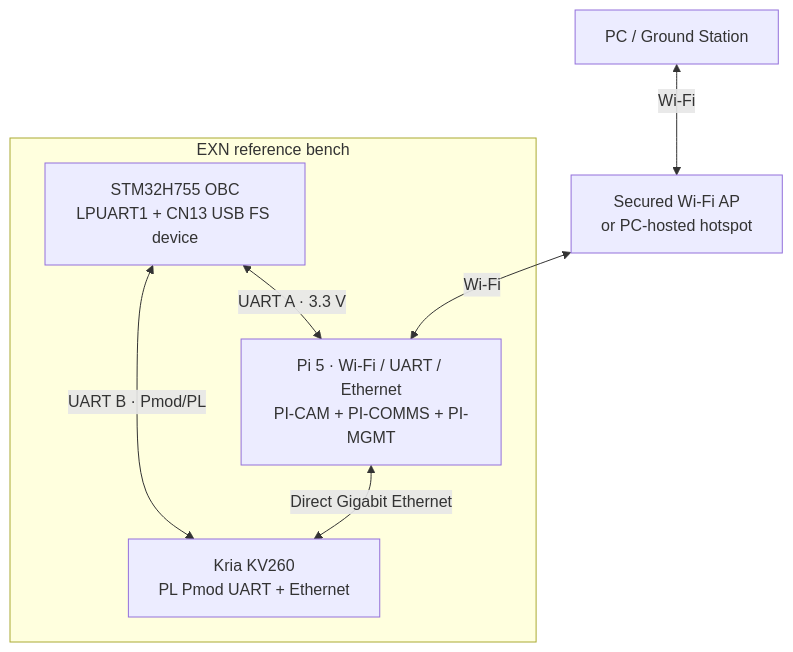
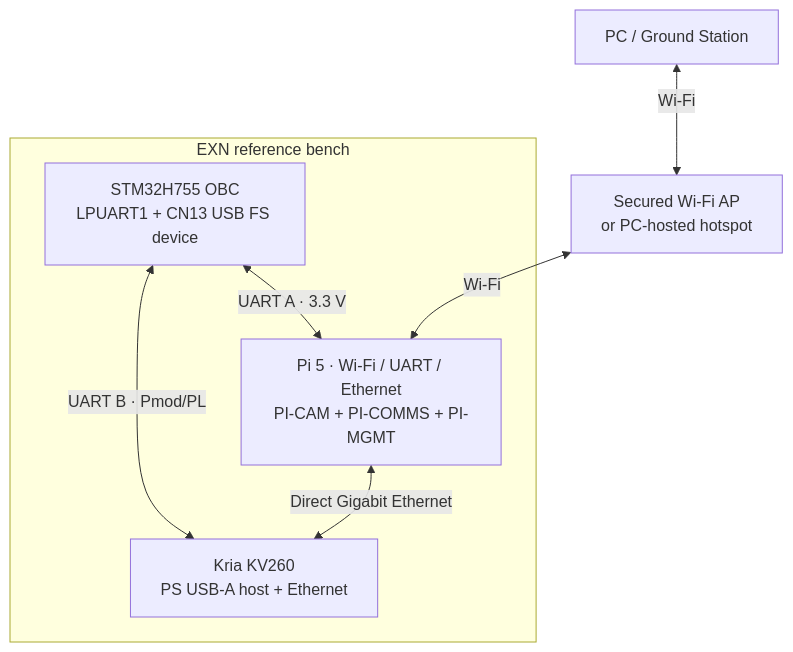
The third of 10 diagrams in docs/architecture.md (ExoSpaceLabs/exn), drawn with Mermaid before and after one commit.

Commit message:
docs(exn): adopt USB CDC KV260 control without PL

````diff
--- a/docs/architecture.md
+++ b/docs/architecture.md
@@ -116,15 +116,15 @@
 ```mermaid
 flowchart TB
   GS["PC / Ground Station"]
   WIFI["Secured Wi-Fi AP<br/>or PC-hosted hotspot"]
   subgraph BENCH["EXN reference bench"]
     PI5["Pi 5 · Wi-Fi / UART / Ethernet<br/>PI-CAM + PI-COMMS + PI-MGMT"]
     MCU["STM32H755 OBC<br/>LPUART1 + CN13 USB FS device"]
-    FPGA["Kria KV260<br/>PL Pmod UART + Ethernet"]
+    FPGA["Kria KV260<br/>PS USB-A host + Ethernet"]
     MCU <-->|"UART A · 3.3 V"| PI5
     MCU <-->|"UART B · Pmod/PL"| FPGA
     PI5 <-->|"Direct Gigabit Ethernet"| FPGA
   end
   GS <-->|"Wi-Fi"| WIFI
   WIFI <-->|"Wi-Fi"| PI5
 ```
````
